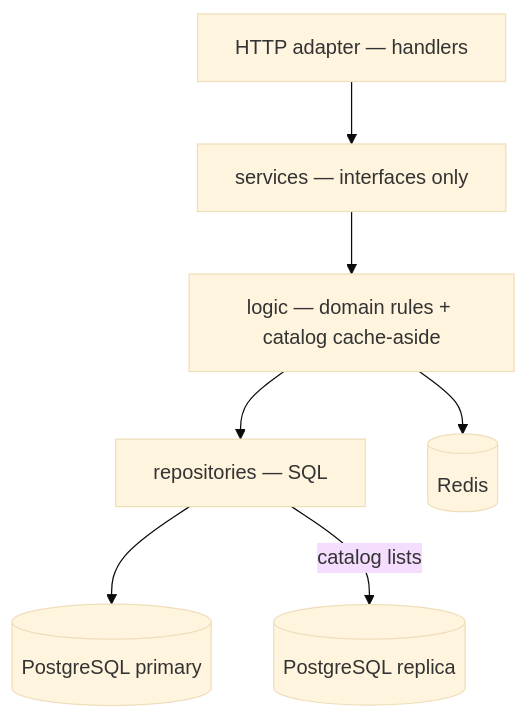
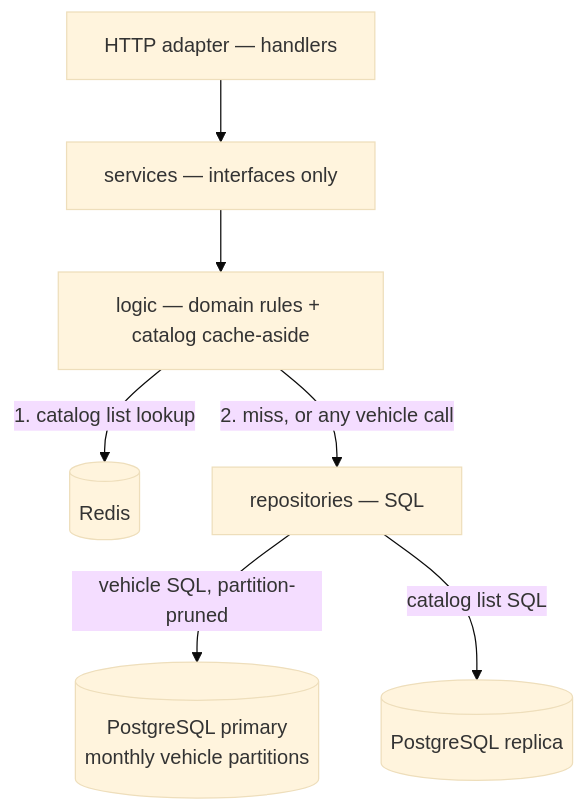
The second of 4 diagrams in docs/SYSTEM_DESIGN.md (nghialthanh/inventory_dashboard), drawn with Mermaid (base theme) before and after one commit. The commit also changed other lines of this file and 2 other files, not shown here.

````diff
--- a/docs/SYSTEM_DESIGN.md
+++ b/docs/SYSTEM_DESIGN.md
@@ -36,17 +36,17 @@
 ```mermaid
 flowchart TB
   HTTP[HTTP adapter — handlers]
   IFACE[services — interfaces only]
   LOGIC[logic — domain rules + catalog cache-aside]
+  Redis[(Redis)]
   REPO[repositories — SQL]
-  PG[(PostgreSQL primary)]
+  PG[("PostgreSQL primary\nmonthly vehicle partitions")]
   PGR[(PostgreSQL replica)]
-  Redis[(Redis)]
 
   HTTP --> IFACE
   IFACE --> LOGIC
-  LOGIC --> REPO
-  LOGIC --> Redis
-  REPO --> PG
-  REPO -->|catalog lists| PGR
+  LOGIC -->|1. catalog list lookup| Redis
+  LOGIC -->|2. miss, or any vehicle call| REPO
+  REPO -->|vehicle SQL, partition-pruned| PG
+  REPO -->|catalog list SQL| PGR
 ```
````
